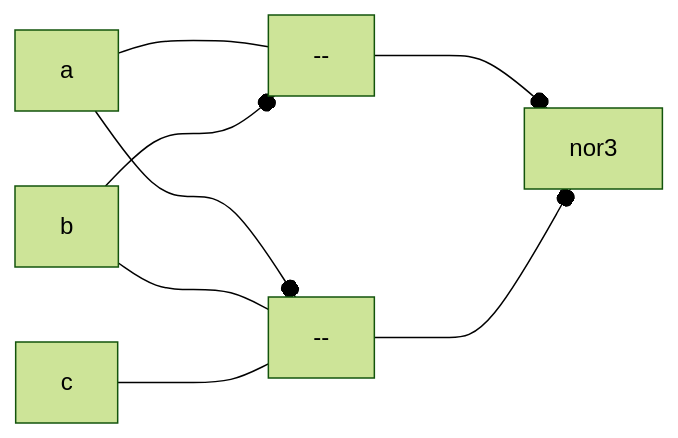
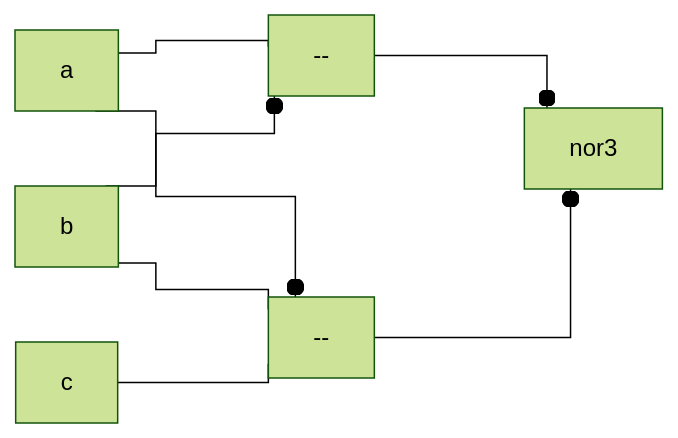
Before and after one commit to tnichols217/notes: the diagram in CSDS 281 - Logic Design/HW/4.md, drawn with Mermaid (forest theme).

Commit message:
vault backup: 2024-02-22 22:56:14

````diff
--- a/CSDS 281 - Logic Design/HW/4.md
+++ b/CSDS 281 - Logic Design/HW/4.md
@@ -83,9 +83,9 @@
 ```mermaid
-%%{ init: { 'flowchart': { 'curve': '``bumpX } } }%%
+%%{ init: { 'flowchart': { 'curve': 'stepAfter' } } }%%
 flowchart LR
 a ---- nor1[--]
 b ---o nor1
 a ---o nor2[--]
 b & c ---- nor2
 nor1 & nor2 ---o nor3
 ```
````
